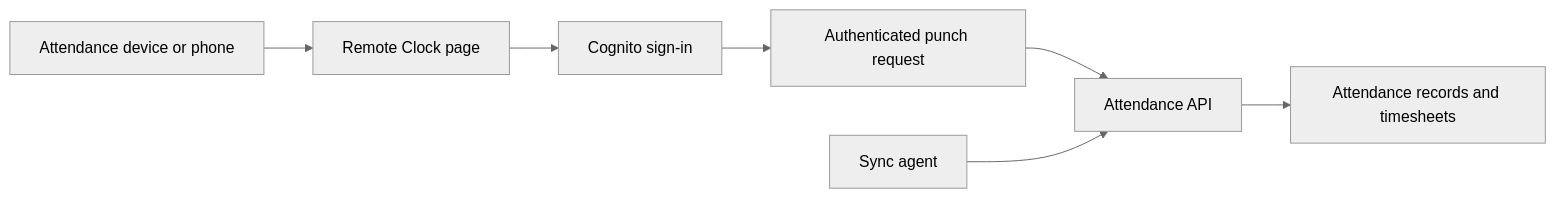
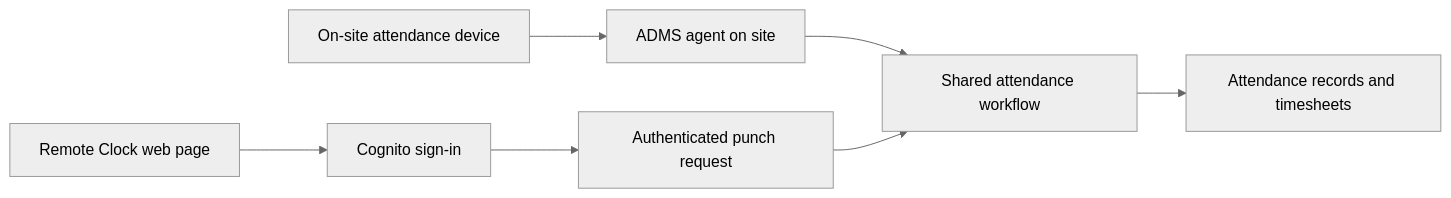
The second of 3 diagrams in README.md (ShuaibSahib2017/meatorderpro-showcase), drawn with Mermaid (neutral theme) before and after one commit. The commit also changed other lines of this file, not shown here.

Commit message:
Clarify mixed attendance synchronisation

````diff
--- a/README.md
+++ b/README.md
@@ -59,9 +59,9 @@
 ```mermaid
 flowchart LR
-    A["Attendance device or phone"] --> B["Remote Clock page"]
-    B --> C["Cognito sign-in"]
-    C --> D["Authenticated punch request"]
-    D --> E["Attendance API"]
-    E --> F["Attendance records and timesheets"]
-    G["Sync agent"] --> E
+    A["On-site attendance device"] --> B["ADMS agent on site"]
+    C["Remote Clock web page"] --> D["Cognito sign-in"]
+    D --> E["Authenticated punch request"]
+    B --> F["Shared attendance workflow"]
+    E --> F
+    F --> G["Attendance records and timesheets"]
 ```
````
